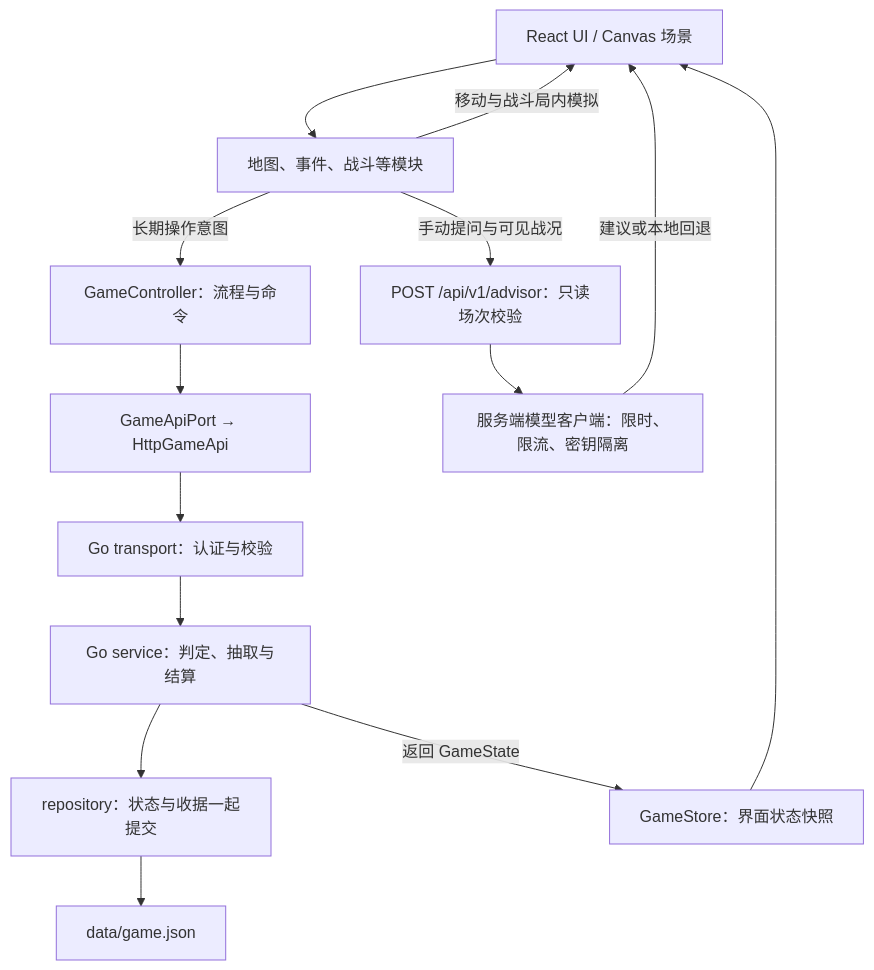
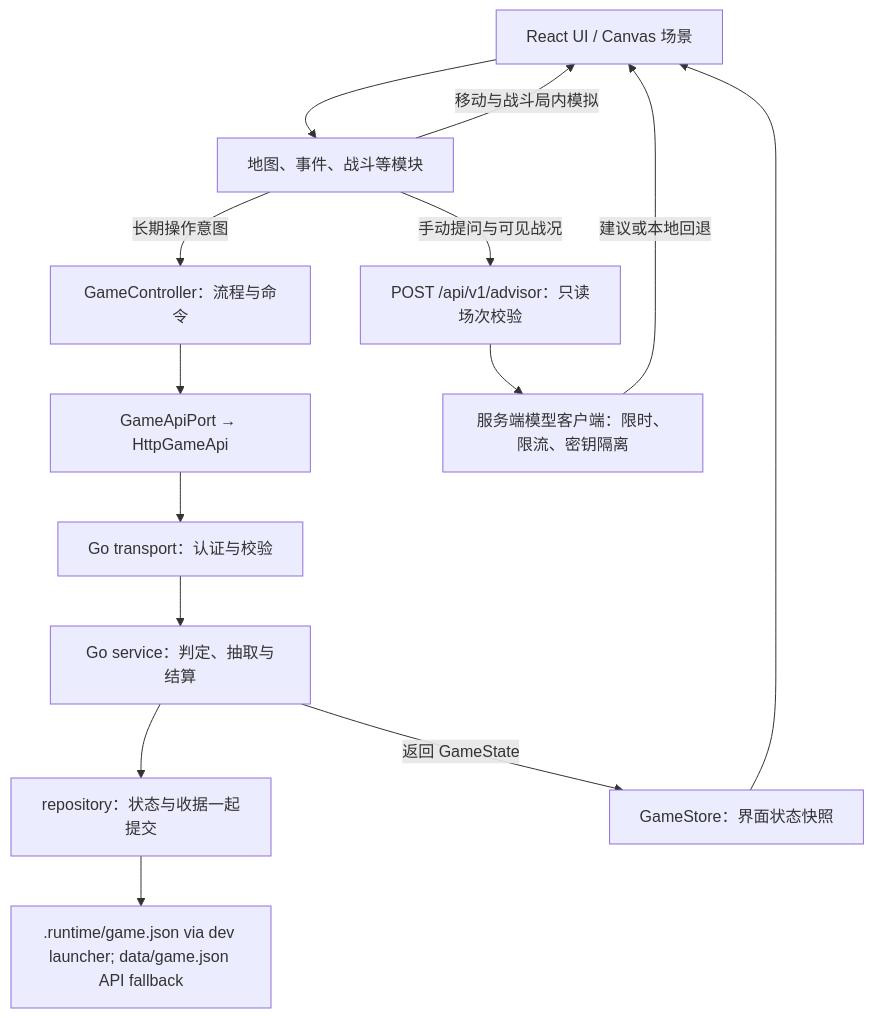
One commit to 2972536029-glitch/stray-kitty changed the first of 2 diagrams in docs/ARCHITECTURE.md. Above: the diagram before and after it, drawn with Mermaid. The commit also changed other lines of this file and 5 other files, not shown here.

````diff
--- a/docs/ARCHITECTURE.md
+++ b/docs/ARCHITECTURE.md
@@ -7,16 +7,16 @@
 ```mermaid
 flowchart TD
   View["React UI / Canvas 场景"] --> Module["地图、事件、战斗等模块"]
   Module -->|移动与战斗局内模拟| View
   Module -->|长期操作意图| Controller["GameController：流程与命令"]
   Controller --> HTTP["GameApiPort → HttpGameApi"]
   HTTP --> Transport["Go transport：认证与校验"]
   Transport --> Service["Go service：判定、抽取与结算"]
   Service --> Repository["repository：状态与收据一起提交"]
-  Repository --> Save["data/game.json"]
+  Repository --> Save[".runtime/game.json via dev launcher; data/game.json API fallback"]
   Service -->|返回 GameState| Store["GameStore：界面状态快照"]
   Store --> View
   Module -->|手动提问与可见战况| Advisor["POST /api/v1/advisor：只读场次校验"]
   Advisor --> Model["服务端模型客户端：限时、限流、密钥隔离"]
   Model -->|建议或本地回退| View
 ```
````
